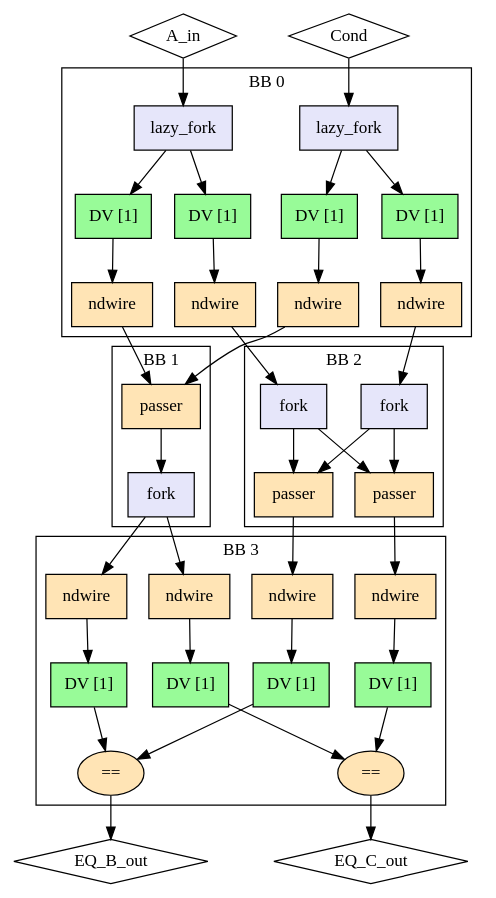
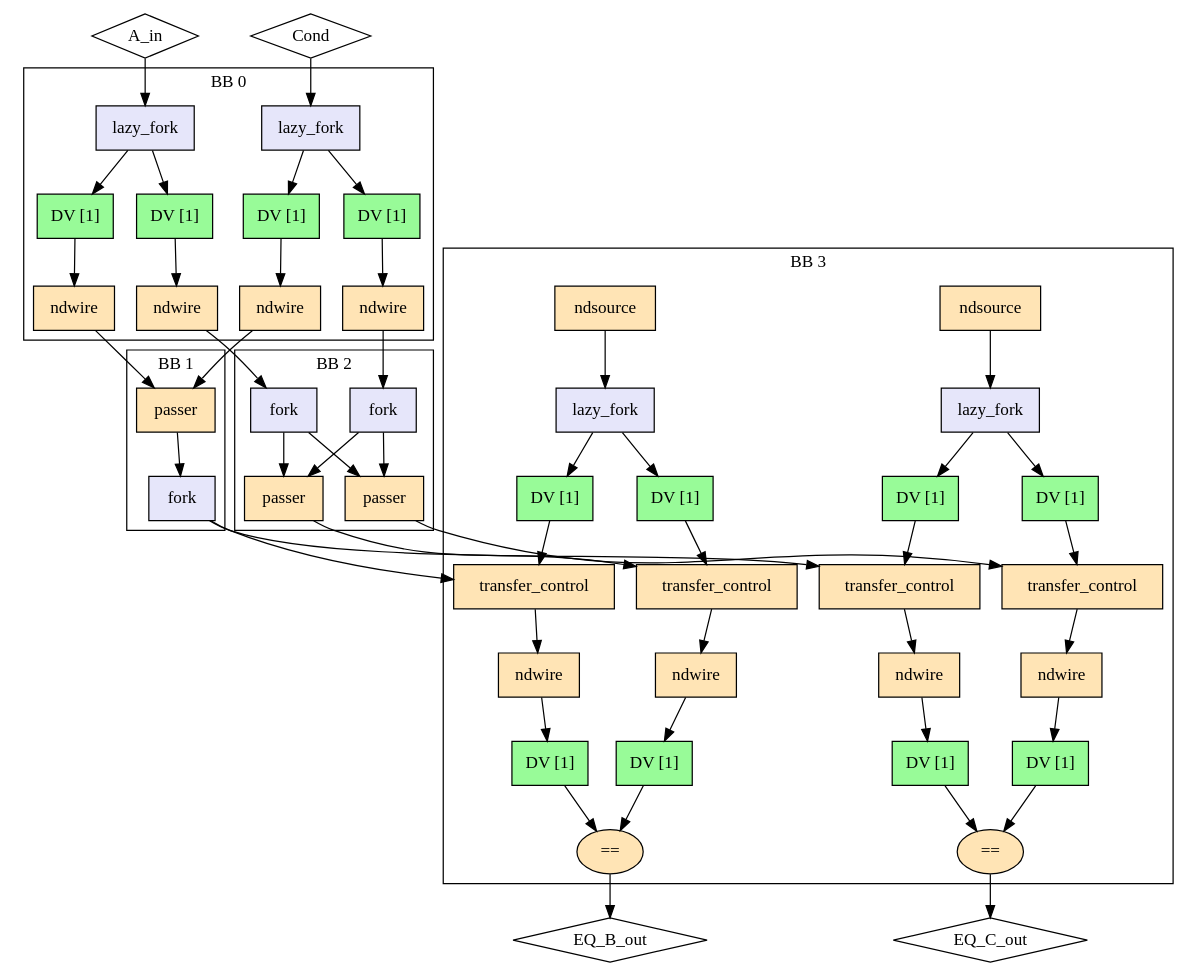
Before and after one commit to EPFL-LAP/dynamatic: the diagram in experimental/tools/elastic-miter/out/sup_fork/miter/model.dot, drawn with Graphviz. The commit also changed 109 other files, not shown here.

```diff
--- a/experimental/tools/elastic-miter/out/sup_fork/miter/model.dot
+++ b/experimental/tools/elastic-miter/out/sup_fork/miter/model.dot
@@ -11,10 +11,10 @@
   "rhs_in_ndw_A_in" -> "rhs_fork" ["dir"="both", "style"="solid", "arrowhead"="normal", "from_idx"="0", "to"="ins", "arrowtail"="none", "from"="outs", "to_idx"="0"]
   "lhs_in_ndw_Cond" -> "lhs_passer1" ["dir"="both", "style"="solid", "arrowhead"="normal", "from_idx"="0", "to"="ctrl", "arrowtail"="none", "from"="outs", "to_idx"="1"]
   "rhs_in_ndw_Cond" -> "rhs_fork_cond" ["dir"="both", "style"="solid", "arrowhead"="normal", "from_idx"="0", "to"="ins", "arrowtail"="none", "from"="outs", "to_idx"="0"]
-  "lhs_fork" -> "lhs_out_ndw_B_out" ["dir"="both", "style"="solid", "arrowhead"="normal", "from_idx"="0", "to"="ins", "arrowtail"="none", "from"="outs_0", "to_idx"="0"]
-  "lhs_fork" -> "lhs_out_ndw_C_out" ["dir"="both", "style"="solid", "arrowhead"="normal", "from_idx"="1", "to"="ins", "arrowtail"="none", "from"="outs_1", "to_idx"="0"]
-  "rhs_passer1" -> "rhs_out_ndw_B_out" ["dir"="both", "style"="solid", "arrowhead"="normal", "from_idx"="0", "to"="ins", "arrowtail"="none", "from"="result", "to_idx"="0"]
-  "rhs_passer2" -> "rhs_out_ndw_C_out" ["dir"="both", "style"="solid", "arrowhead"="normal", "from_idx"="0", "to"="ins", "arrowtail"="none", "from"="result", "to_idx"="0"]
+  "lhs_fork" -> "out_lhs_tc_B_out" ["dir"="both", "style"="solid", "arrowhead"="normal", "from_idx"="0", "to"="ins", "arrowtail"="none", "from"="outs_0", "to_idx"="0"]
+  "lhs_fork" -> "out_lhs_tc_C_out" ["dir"="both", "style"="solid", "arrowhead"="normal", "from_idx"="1", "to"="ins", "arrowtail"="none", "from"="outs_1", "to_idx"="0"]
+  "rhs_passer1" -> "out_rhs_tc_B_out" ["dir"="both", "style"="solid", "arrowhead"="normal", "from_idx"="0", "to"="ins", "arrowtail"="none", "from"="result", "to_idx"="0"]
+  "rhs_passer2" -> "out_rhs_tc_C_out" ["dir"="both", "style"="solid", "arrowhead"="normal", "from_idx"="0", "to"="ins", "arrowtail"="none", "from"="result", "to_idx"="0"]
   "out_eq_B_out" -> "EQ_B_out" ["dir"="both", "style"="solid", "arrowhead"="normal", "from_idx"="0", "to"="EQ_B_out", "arrowtail"="none", "from"="result", "to_idx"="0"]
   "out_eq_C_out" -> "EQ_C_out" ["dir"="both", "style"="solid", "arrowhead"="normal", "from_idx"="0", "to"="EQ_C_out", "arrowtail"="none", "from"="result", "to_idx"="1"]
   subgraph cluster0 {
@@ -57,20 +57,46 @@
   }
   subgraph cluster3 {
     graph ["label"="BB 3"]
+    "out_nds_B_out" ["style"="filled", "fillcolor"="moccasin", "shape"="box", "label"="ndsource", "mlir_op"="handshake.ndsource"]
+    "out_lf_B_out" ["style"="filled", "fillcolor"="lavender", "shape"="box", "label"="lazy_fork", "mlir_op"="handshake.lazy_fork"]
+    "out_buf_lhs_nds_B_out" ["style"="filled", "fillcolor"="palegreen", "shape"="box", "label"="DV [1]", "mlir_op"="handshake.buffer"]
+    "out_buf_rhs_nds_B_out" ["style"="filled", "fillcolor"="palegreen", "shape"="box", "label"="DV [1]", "mlir_op"="handshake.buffer"]
+    "out_lhs_tc_B_out" ["style"="filled", "fillcolor"="moccasin", "shape"="box", "label"="transfer_control", "mlir_op"="handshake.transfer_control"]
+    "out_rhs_tc_B_out" ["style"="filled", "fillcolor"="moccasin", "shape"="box", "label"="transfer_control", "mlir_op"="handshake.transfer_control"]
     "lhs_out_ndw_B_out" ["style"="filled", "fillcolor"="moccasin", "shape"="box", "label"="ndwire", "mlir_op"="handshake.ndwire"]
     "rhs_out_ndw_B_out" ["style"="filled", "fillcolor"="moccasin", "shape"="box", "label"="ndwire", "mlir_op"="handshake.ndwire"]
     "lhs_out_buf_B_out" ["style"="filled", "fillcolor"="palegreen", "shape"="box", "label"="DV [1]", "mlir_op"="handshake.buffer"]
     "rhs_out_buf_B_out" ["style"="filled", "fillcolor"="palegreen", "shape"="box", "label"="DV [1]", "mlir_op"="handshake.buffer"]
     "out_eq_B_out" ["style"="filled", "fillcolor"="moccasin", "shape"="oval", "label"="==", "mlir_op"="handshake.cmpi=="]
+    "out_nds_C_out" ["style"="filled", "fillcolor"="moccasin", "shape"="box", "label"="ndsource", "mlir_op"="handshake.ndsource"]
+    "out_lf_C_out" ["style"="filled", "fillcolor"="lavender", "shape"="box", "label"="lazy_fork", "mlir_op"="handshake.lazy_fork"]
+    "out_buf_lhs_nds_C_out" ["style"="filled", "fillcolor"="palegreen", "shape"="box", "label"="DV [1]", "mlir_op"="handshake.buffer"]
+    "out_buf_rhs_nds_C_out" ["style"="filled", "fillcolor"="palegreen", "shape"="box", "label"="DV [1]", "mlir_op"="handshake.buffer"]
+    "out_lhs_tc_C_out" ["style"="filled", "fillcolor"="moccasin", "shape"="box", "label"="transfer_control", "mlir_op"="handshake.transfer_control"]
+    "out_rhs_tc_C_out" ["style"="filled", "fillcolor"="moccasin", "shape"="box", "label"="transfer_control", "mlir_op"="handshake.transfer_control"]
     "lhs_out_ndw_C_out" ["style"="filled", "fillcolor"="moccasin", "shape"="box", "label"="ndwire", "mlir_op"="handshake.ndwire"]
     "rhs_out_ndw_C_out" ["style"="filled", "fillcolor"="moccasin", "shape"="box", "label"="ndwire", "mlir_op"="handshake.ndwire"]
     "lhs_out_buf_C_out" ["style"="filled", "fillcolor"="palegreen", "shape"="box", "label"="DV [1]", "mlir_op"="handshake.buffer"]
     "rhs_out_buf_C_out" ["style"="filled", "fillcolor"="palegreen", "shape"="box", "label"="DV [1]", "mlir_op"="handshake.buffer"]
     "out_eq_C_out" ["style"="filled", "fillcolor"="moccasin", "shape"="oval", "label"="==", "mlir_op"="handshake.cmpi=="]
+    "out_nds_B_out" -> "out_lf_B_out" ["dir"="both", "style"="solid", "arrowhead"="normal", "from_idx"="0", "to"="ins", "arrowtail"="none", "from"="result", "to_idx"="0"]
+    "out_lf_B_out" -> "out_buf_lhs_nds_B_out" ["dir"="both", "style"="solid", "arrowhead"="normal", "from_idx"="0", "to"="ins", "arrowtail"="none", "from"="outs_0", "to_idx"="0"]
+    "out_lf_B_out" -> "out_buf_rhs_nds_B_out" ["dir"="both", "style"="solid", "arrowhead"="normal", "from_idx"="1", "to"="ins", "arrowtail"="none", "from"="outs_1", "to_idx"="0"]
+    "out_buf_lhs_nds_B_out" -> "out_lhs_tc_B_out" ["dir"="both", "style"="solid", "arrowhead"="normal", "from_idx"="0", "to"="ctrl", "arrowtail"="none", "from"="outs", "to_idx"="1"]
+    "out_buf_rhs_nds_B_out" -> "out_rhs_tc_B_out" ["dir"="both", "style"="solid", "arrowhead"="normal", "from_idx"="0", "to"="ctrl", "arrowtail"="none", "from"="outs", "to_idx"="1"]
+    "out_lhs_tc_B_out" -> "lhs_out_ndw_B_out" ["dir"="both", "style"="solid", "arrowhead"="normal", "from_idx"="0", "to"="ins", "arrowtail"="none", "from"="outs", "to_idx"="0"]
+    "out_rhs_tc_B_out" -> "rhs_out_ndw_B_out" ["dir"="both", "style"="solid", "arrowhead"="normal", "from_idx"="0", "to"="ins", "arrowtail"="none", "from"="outs", "to_idx"="0"]
     "lhs_out_ndw_B_out" -> "lhs_out_buf_B_out" ["dir"="both", "style"="solid", "arrowhead"="normal", "from_idx"="0", "to"="ins", "arrowtail"="none", "from"="outs", "to_idx"="0"]
     "rhs_out_ndw_B_out" -> "rhs_out_buf_B_out" ["dir"="both", "style"="solid", "arrowhead"="normal", "from_idx"="0", "to"="ins", "arrowtail"="none", "from"="outs", "to_idx"="0"]
     "lhs_out_buf_B_out" -> "out_eq_B_out" ["dir"="both", "style"="solid", "arrowhead"="normal", "from_idx"="0", "to"="lhs", "arrowtail"="none", "from"="outs", "to_idx"="0"]
     "rhs_out_buf_B_out" -> "out_eq_B_out" ["dir"="both", "style"="solid", "arrowhead"="normal", "from_idx"="0", "to"="rhs", "arrowtail"="none", "from"="outs", "to_idx"="1"]
+    "out_nds_C_out" -> "out_lf_C_out" ["dir"="both", "style"="solid", "arrowhead"="normal", "from_idx"="0", "to"="ins", "arrowtail"="none", "from"="result", "to_idx"="0"]
+    "out_lf_C_out" -> "out_buf_lhs_nds_C_out" ["dir"="both", "style"="solid", "arrowhead"="normal", "from_idx"="0", "to"="ins", "arrowtail"="none", "from"="outs_0", "to_idx"="0"]
+    "out_lf_C_out" -> "out_buf_rhs_nds_C_out" ["dir"="both", "style"="solid", "arrowhead"="normal", "from_idx"="1", "to"="ins", "arrowtail"="none", "from"="outs_1", "to_idx"="0"]
+    "out_buf_lhs_nds_C_out" -> "out_lhs_tc_C_out" ["dir"="both", "style"="solid", "arrowhead"="normal", "from_idx"="0", "to"="ctrl", "arrowtail"="none", "from"="outs", "to_idx"="1"]
+    "out_buf_rhs_nds_C_out" -> "out_rhs_tc_C_out" ["dir"="both", "style"="solid", "arrowhead"="normal", "from_idx"="0", "to"="ctrl", "arrowtail"="none", "from"="outs", "to_idx"="1"]
+    "out_lhs_tc_C_out" -> "lhs_out_ndw_C_out" ["dir"="both", "style"="solid", "arrowhead"="normal", "from_idx"="0", "to"="ins", "arrowtail"="none", "from"="outs", "to_idx"="0"]
+    "out_rhs_tc_C_out" -> "rhs_out_ndw_C_out" ["dir"="both", "style"="solid", "arrowhead"="normal", "from_idx"="0", "to"="ins", "arrowtail"="none", "from"="outs", "to_idx"="0"]
     "lhs_out_ndw_C_out" -> "lhs_out_buf_C_out" ["dir"="both", "style"="solid", "arrowhead"="normal", "from_idx"="0", "to"="ins", "arrowtail"="none", "from"="outs", "to_idx"="0"]
     "rhs_out_ndw_C_out" -> "rhs_out_buf_C_out" ["dir"="both", "style"="solid", "arrowhead"="normal", "from_idx"="0", "to"="ins", "arrowtail"="none", "from"="outs", "to_idx"="0"]
     "lhs_out_buf_C_out" -> "out_eq_C_out" ["dir"="both", "style"="solid", "arrowhead"="normal", "from_idx"="0", "to"="lhs", "arrowtail"="none", "from"="outs", "to_idx"="0"]
```
